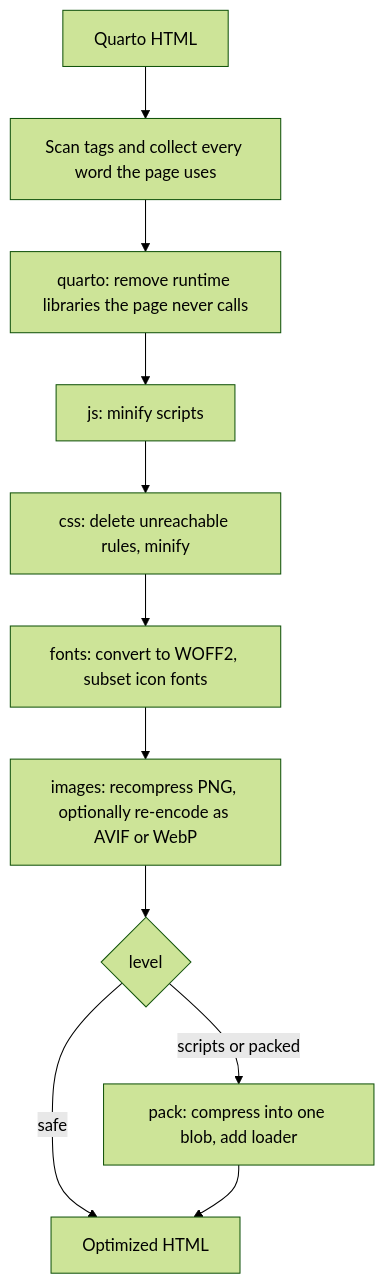
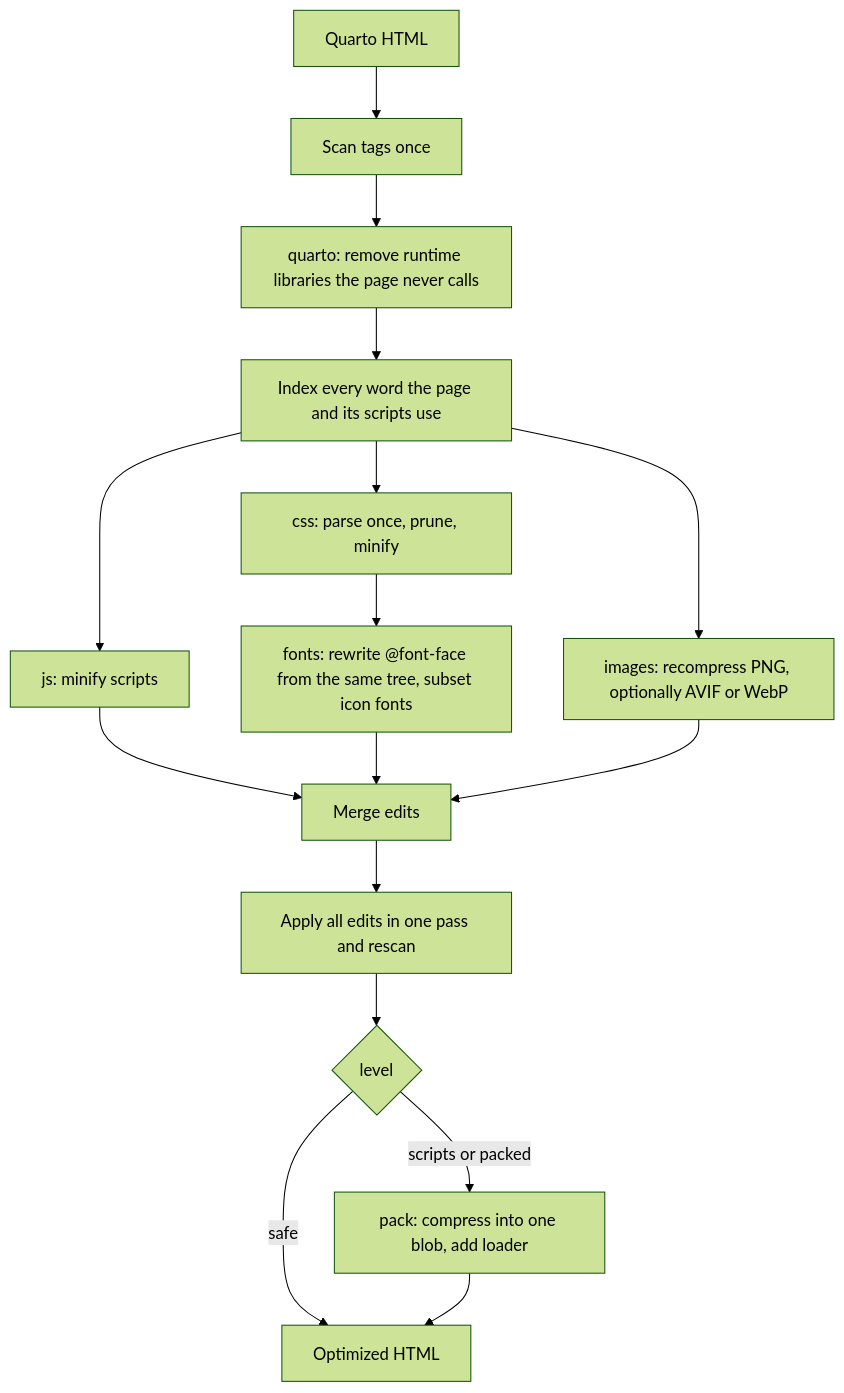
The diagram in README.md (VisruthSK/octavo), drawn with Mermaid (forest theme) before and after one commit. The commit also changed other lines of this file, not shown here.

Commit message:
Describe the parallel stage structure in the README

````diff
--- a/README.md
+++ b/README.md
@@ -32,13 +34,18 @@
 ```mermaid
 flowchart TD
-    A[Quarto HTML] --> B[Scan tags and collect every word the page uses]
+    A[Quarto HTML] --> B[Scan tags once]
     B --> Q[quarto: remove runtime libraries the page never calls]
-    Q --> J[js: minify scripts]
-    J --> C[css: delete unreachable rules, minify]
-    C --> F[fonts: convert to WOFF2, subset icon fonts]
-    F --> I[images: recompress PNG, optionally re-encode as AVIF or WebP]
-    I --> L{level}
+    Q --> W[Index every word the page and its scripts use]
+    W --> J[js: minify scripts]
+    W --> C[css: parse once, prune, minify]
+    W --> I[images: recompress PNG, optionally AVIF or WebP]
+    C --> F[fonts: rewrite @font-face from the same tree, subset icon fonts]
+    J --> M[Merge edits]
+    F --> M
+    I --> M
+    M --> P[Apply all edits in one pass and rescan]
+    P --> L{level}
     L -->|safe| O[Optimized HTML]
     L -->|scripts or packed| K[pack: compress into one blob, add loader]
     K --> O
 ```
````
